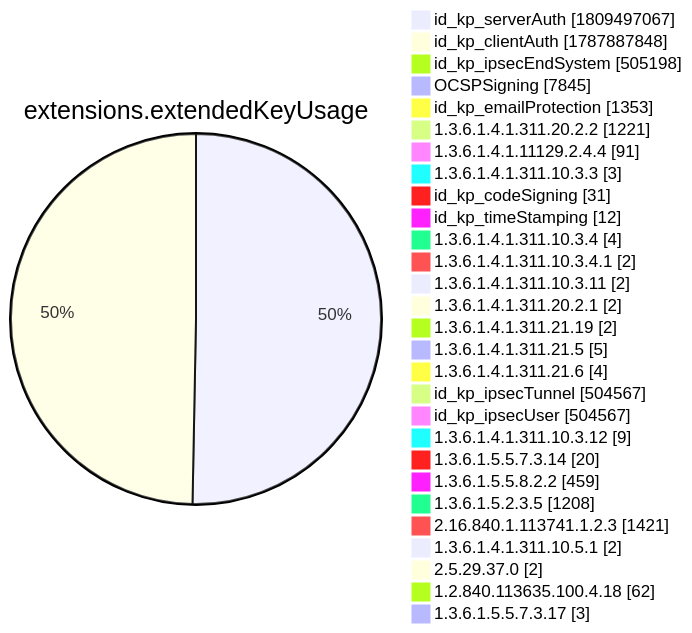
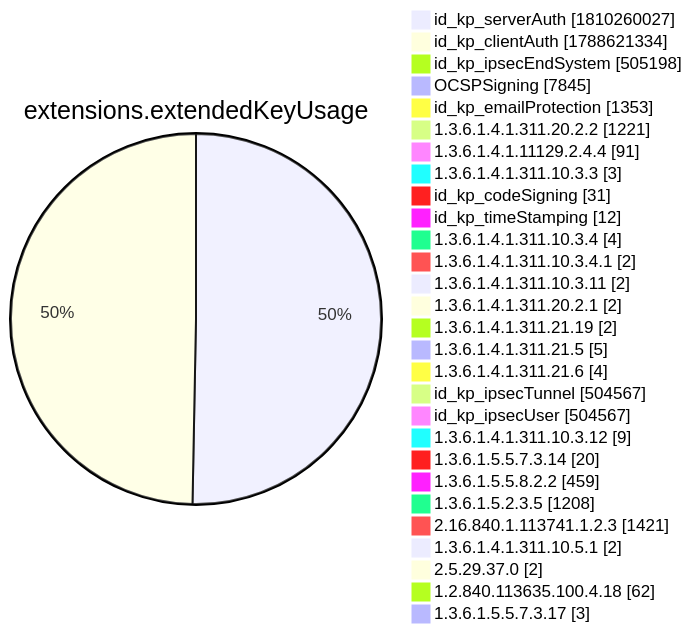
Before and after one commit to christiankrug/ctmonitor_visualization: diagram 12 of 15 in xenon2022/README.md, drawn with Mermaid. The commit also changed other lines of this file, not shown here.

````diff
--- a/xenon2022/README.md
+++ b/xenon2022/README.md
@@ -3895,32 +3895,32 @@
 ```mermaid
 pie showData
 title extensions.extendedKeyUsage
-"id_kp_serverAuth" :1809497067
-"id_kp_clientAuth" :1787887848
+"id_kp_serverAuth" :1810260027
+"id_kp_clientAuth" :1788621334
 "id_kp_ipsecEndSystem" :505198
 "OCSPSigning" :7845
 "id_kp_emailProtection" :1353
 "1.3.6.1.4.1.311.20.2.2" :1221
 "1.3.6.1.4.1.11129.2.4.4" :91
 "1.3.6.1.4.1.311.10.3.3" :3
 "id_kp_codeSigning" :31
 "id_kp_timeStamping" :12
 "1.3.6.1.4.1.311.10.3.4" :4
 "1.3.6.1.4.1.311.10.3.4.1" :2
 "1.3.6.1.4.1.311.10.3.11" :2
 "1.3.6.1.4.1.311.20.2.1" :2
 "1.3.6.1.4.1.311.21.19" :2
 "1.3.6.1.4.1.311.21.5" :5
 "1.3.6.1.4.1.311.21.6" :4
 "id_kp_ipsecTunnel" :504567
 "id_kp_ipsecUser" :504567
 "1.3.6.1.4.1.311.10.3.12" :9
 "1.3.6.1.5.5.7.3.14" :20
 "1.3.6.1.5.5.8.2.2" :459
 "1.3.6.1.5.2.3.5" :1208
 "2.16.840.1.113741.1.2.3" :1421
 "1.3.6.1.4.1.311.10.5.1" :2
 "2.5.29.37.0" :2
 "1.2.840.113635.100.4.18" :62
 "1.3.6.1.5.5.7.3.17" :3
 ```
````
